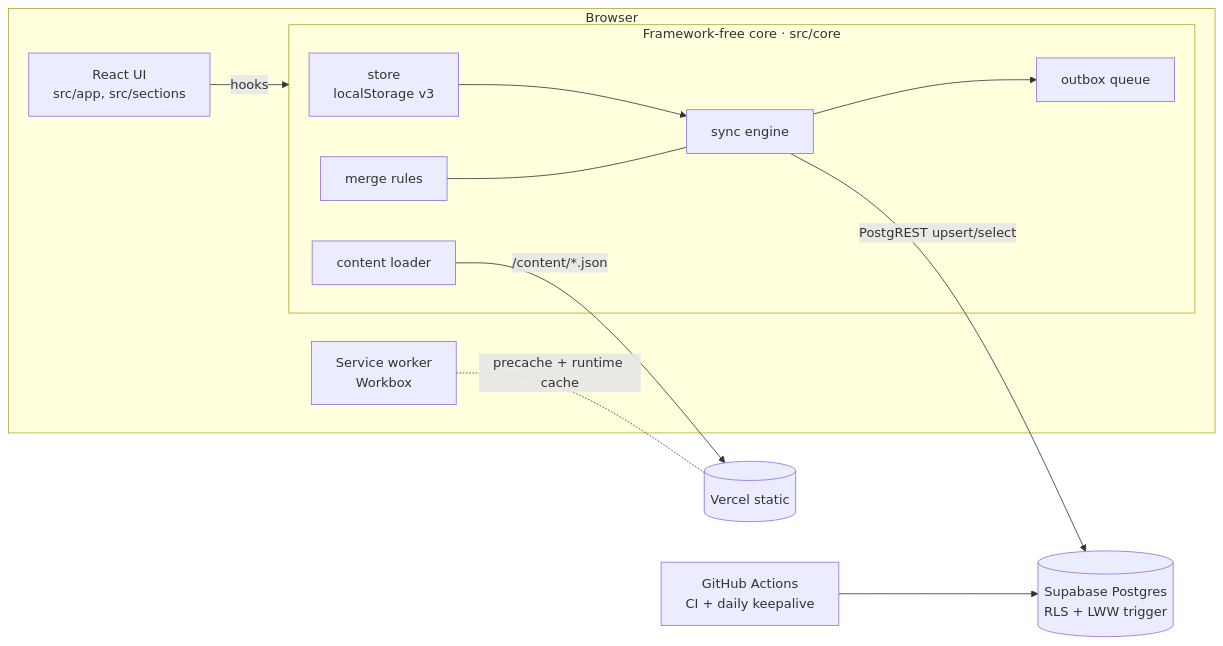
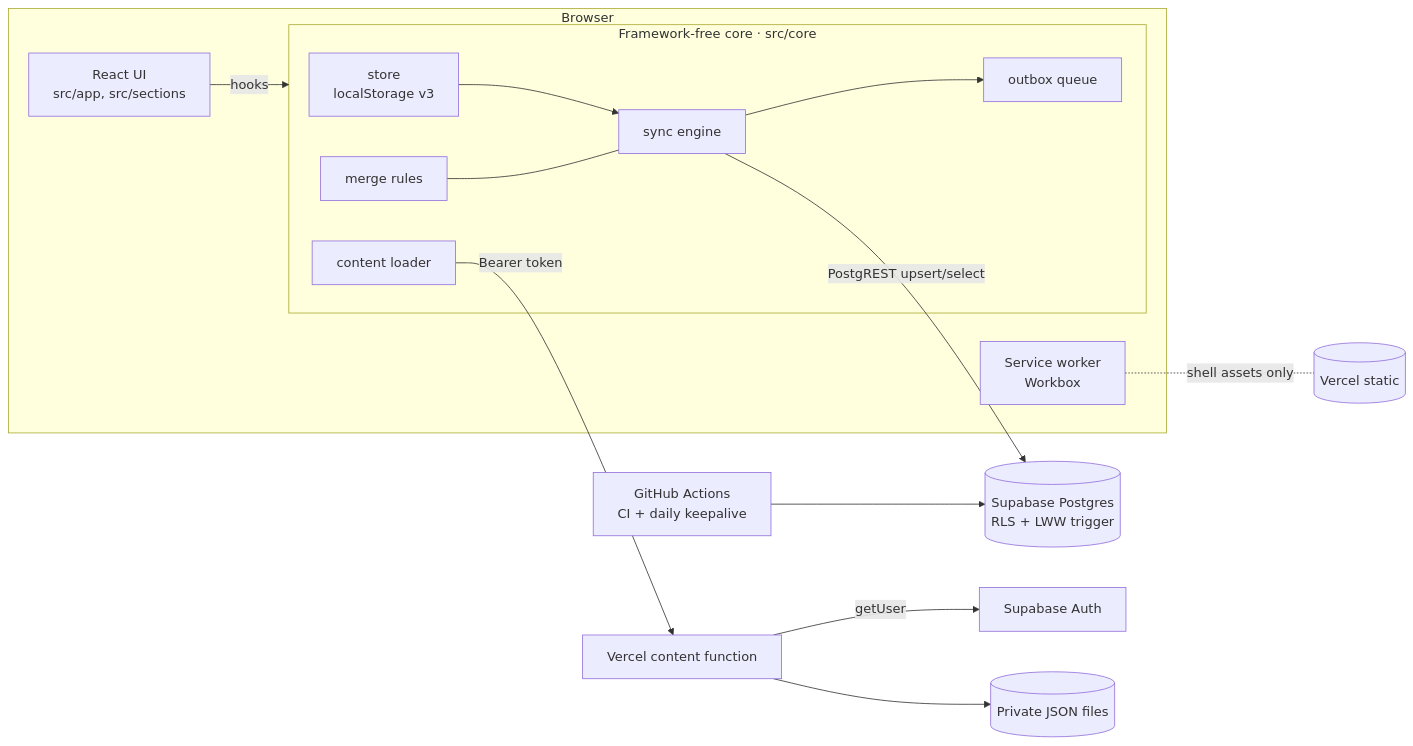
The first of 2 diagrams in README.md (DiogoGracianoa/atlas), drawn with Mermaid before and after one commit. The commit also changed other lines of this file and 81 other files, not shown here.

````diff
--- a/README.md
+++ b/README.md
@@ -85,17 +86,19 @@
 ```mermaid
 flowchart LR
   subgraph Browser
     UI[React UI<br/>src/app, src/sections] -->|hooks| Core
     subgraph Core[Framework-free core · src/core]
       Store[store<br/>localStorage v3] --> Sync[sync engine]
       Sync --> Queue[outbox queue]
       Merge[merge rules] --- Sync
       Content[content loader]
     end
     SW[Service worker<br/>Workbox]
   end
-  Content -->|/content/*.json| Static[(Vercel static)]
+  Content -->|Bearer token| API[Vercel content function]
+  API -->|getUser| Auth[Supabase Auth]
+  API --> Private[(Private JSON files)]
   Sync -->|PostgREST upsert/select| Supabase[(Supabase Postgres<br/>RLS + LWW trigger)]
-  SW -. precache + runtime cache .- Static
+  SW -. shell assets only .- Static[(Vercel static)]
   GH[GitHub Actions<br/>CI + daily keepalive] --> Supabase
 ```
````
